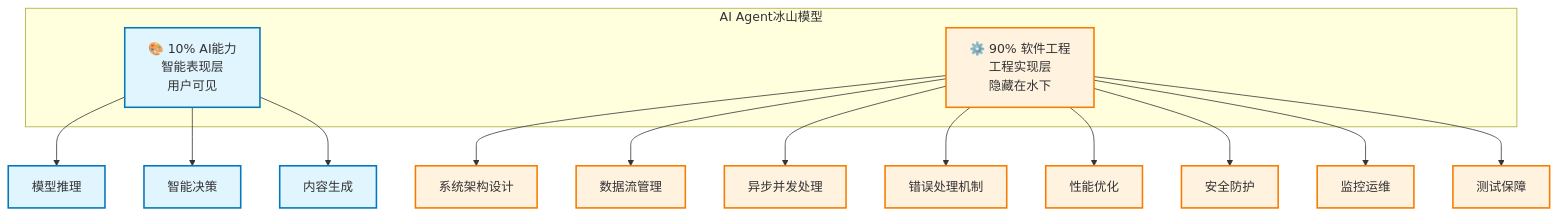
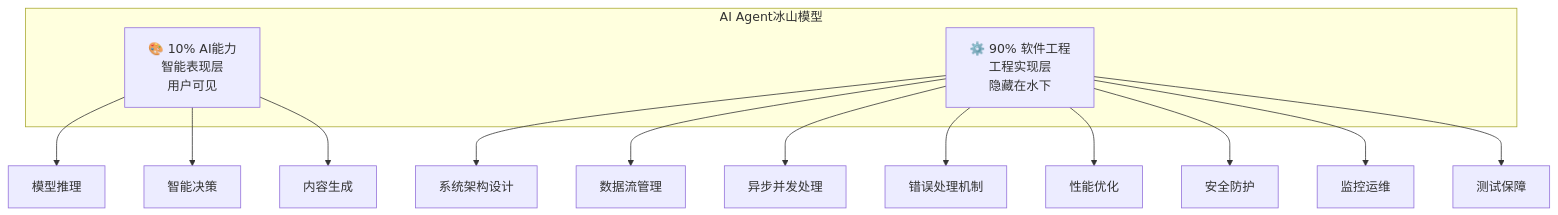
The second of 6 diagrams in 第零部分_核心概念预览/0.3_核心开发理念.md (youyoude/agi-app-dev-guide-book), drawn with Mermaid before and after one commit. The commit also changed other lines of this file and 4 other files, not shown here.

````diff
--- a/第零部分_核心概念预览/0.3_核心开发理念.md
+++ b/第零部分_核心概念预览/0.3_核心开发理念.md
@@ -47,26 +40,21 @@
 ```mermaid
 graph TB
     subgraph "AI Agent冰山模型"
         A[🎨 10% AI能力<br/>智能表现层<br/>用户可见]
         B[⚙️ 90% 软件工程<br/>工程实现层<br/>隐藏在水下]
     end
     
     A --> A1[模型推理]
     A --> A2[智能决策]
     A --> A3[内容生成]
     
     B --> B1[系统架构设计]
     B --> B2[数据流管理]
     B --> B3[异步并发处理]
     B --> B4[错误处理机制]
     B --> B5[性能优化]
     B --> B6[安全防护]
     B --> B7[监控运维]
     B --> B8[测试保障]
     
-    classDef ai fill:#e1f5fe,stroke:#0277bd,stroke-width:2px
-    classDef engineering fill:#fff3e0,stroke:#f57c00,stroke-width:2px
-    
-    class A,A1,A2,A3 ai
-    class B,B1,B2,B3,B4,B5,B6,B7,B8 engineering
 ```
````
